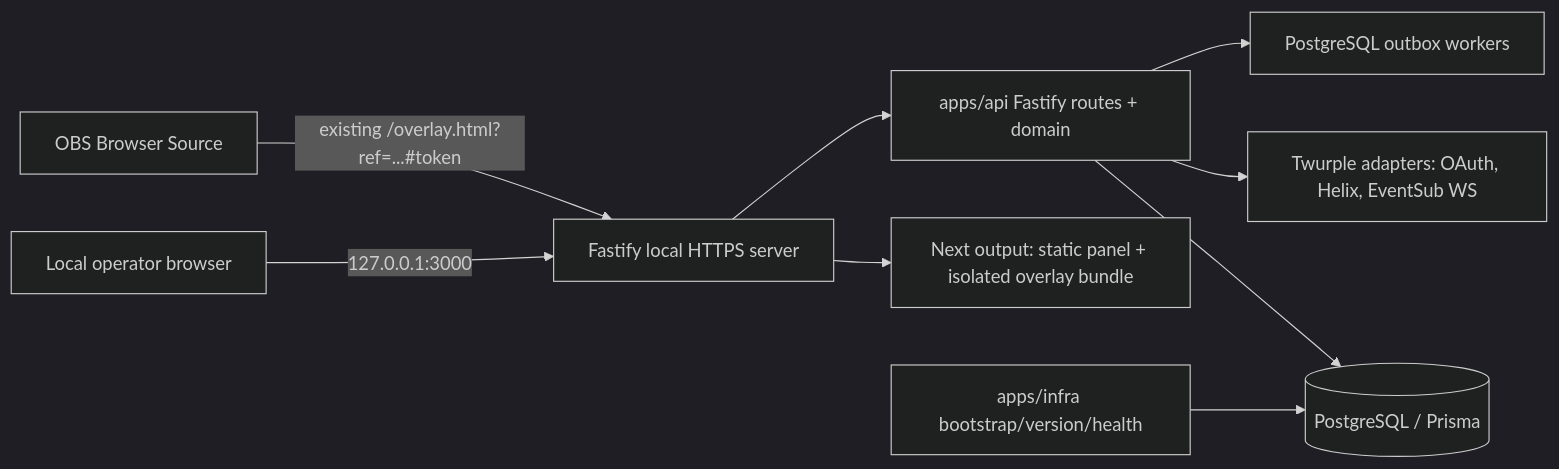
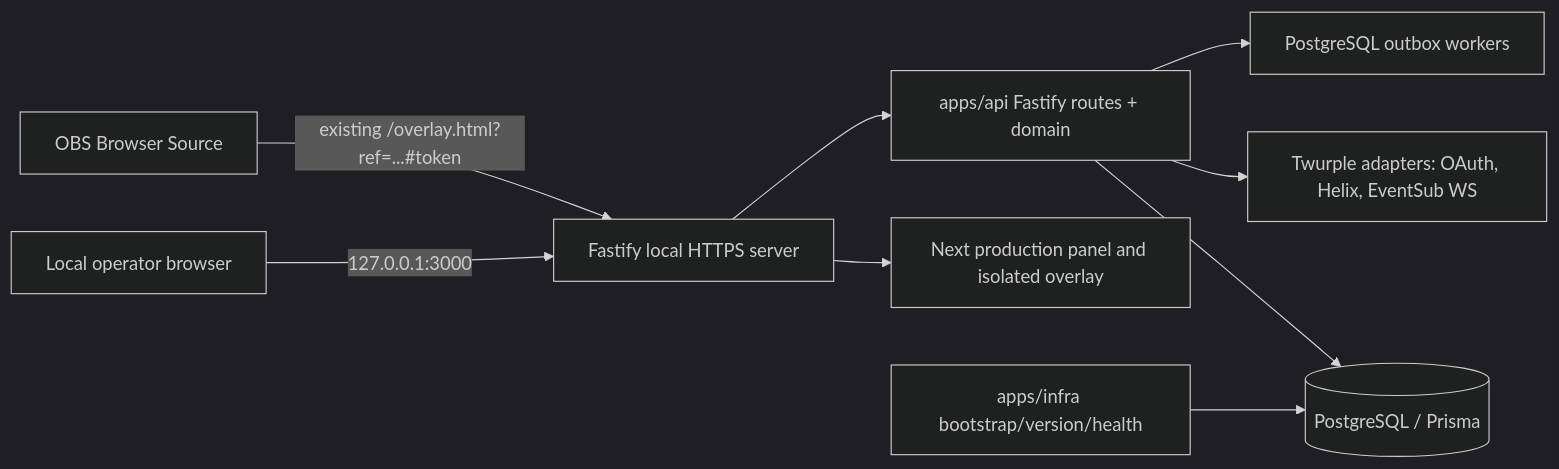
One commit to gustavo8000br/subarushogun_gi_twich_bot changed the diagram in docs/fullstack-architecture/runtime-topology.md. Above: the diagram before and after it, drawn with Mermaid (dark theme). The commit also changed other lines of this file and 109 other files, not shown here.

Commit message:
feat(ops-15): advance Next panel migration

````diff
--- a/docs/fullstack-architecture/runtime-topology.md
+++ b/docs/fullstack-architecture/runtime-topology.md
@@ -5,11 +5,11 @@
 ```mermaid
 flowchart LR
   Browser[Local operator browser] -->|127.0.0.1:3000| Fastify[Fastify local HTTPS server]
   OBS[OBS Browser Source] -->|existing /overlay.html?ref=...#token| Fastify
-  Fastify --> Web[Next output: static panel + isolated overlay bundle]
+  Fastify --> Web[Next production panel and isolated overlay]
   Fastify --> API[apps/api Fastify routes + domain]
   API --> DB[(PostgreSQL / Prisma)]
   API --> Twitch[Twurple adapters: OAuth, Helix, EventSub WS]
   API --> Outbox[PostgreSQL outbox workers]
   Infra[apps/infra bootstrap/version/health] --> DB
 ```
````
